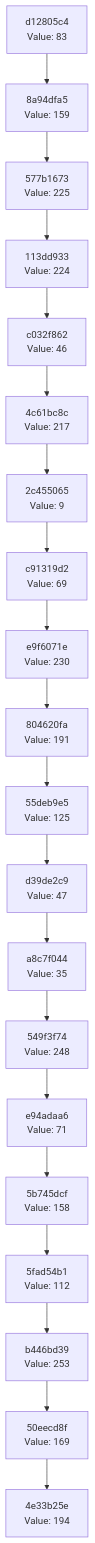
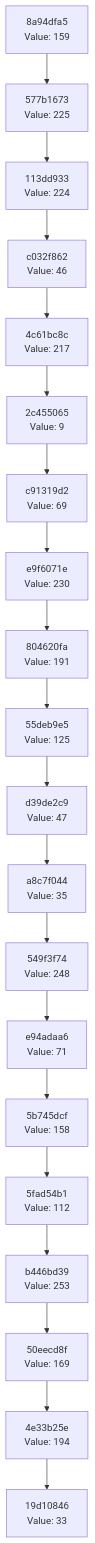
One commit to Abhisheksinha1506/hash-chain-evolver changed the diagram in docs/CHAIN_VISUALIZATION.md. Above: the diagram before and after it, drawn with Mermaid. The commit also changed 2 other files, not shown here.

Commit message:
Evolution Step

````diff
--- a/docs/CHAIN_VISUALIZATION.md
+++ b/docs/CHAIN_VISUALIZATION.md
@@ -3,42 +3,42 @@
 ```mermaid
 graph TD
-    C0["4e33b25e<br/>Value: 194"]
-    C1["50eecd8f<br/>Value: 169"]
+    C0["19d10846<br/>Value: 33"]
+    C1["4e33b25e<br/>Value: 194"]
     C1 --> C0
-    C2["b446bd39<br/>Value: 253"]
+    C2["50eecd8f<br/>Value: 169"]
     C2 --> C1
-    C3["5fad54b1<br/>Value: 112"]
+    C3["b446bd39<br/>Value: 253"]
     C3 --> C2
-    C4["5b745dcf<br/>Value: 158"]
+    C4["5fad54b1<br/>Value: 112"]
     C4 --> C3
-    C5["e94adaa6<br/>Value: 71"]
+    C5["5b745dcf<br/>Value: 158"]
     C5 --> C4
-    C6["549f3f74<br/>Value: 248"]
+    C6["e94adaa6<br/>Value: 71"]
     C6 --> C5
-    C7["a8c7f044<br/>Value: 35"]
+    C7["549f3f74<br/>Value: 248"]
     C7 --> C6
-    C8["d39de2c9<br/>Value: 47"]
+    C8["a8c7f044<br/>Value: 35"]
     C8 --> C7
-    C9["55deb9e5<br/>Value: 125"]
+    C9["d39de2c9<br/>Value: 47"]
     C9 --> C8
-    C10["804620fa<br/>Value: 191"]
+    C10["55deb9e5<br/>Value: 125"]
     C10 --> C9
-    C11["e9f6071e<br/>Value: 230"]
+    C11["804620fa<br/>Value: 191"]
     C11 --> C10
-    C12["c91319d2<br/>Value: 69"]
+    C12["e9f6071e<br/>Value: 230"]
     C12 --> C11
-    C13["2c455065<br/>Value: 9"]
+    C13["c91319d2<br/>Value: 69"]
     C13 --> C12
-    C14["4c61bc8c<br/>Value: 217"]
+    C14["2c455065<br/>Value: 9"]
     C14 --> C13
-    C15["c032f862<br/>Value: 46"]
+    C15["4c61bc8c<br/>Value: 217"]
     C15 --> C14
-    C16["113dd933<br/>Value: 224"]
+    C16["c032f862<br/>Value: 46"]
     C16 --> C15
-    C17["577b1673<br/>Value: 225"]
+    C17["113dd933<br/>Value: 224"]
     C17 --> C16
-    C18["8a94dfa5<br/>Value: 159"]
+    C18["577b1673<br/>Value: 225"]
     C18 --> C17
-    C19["d12805c4<br/>Value: 83"]
+    C19["8a94dfa5<br/>Value: 159"]
     C19 --> C18
 ```
````
